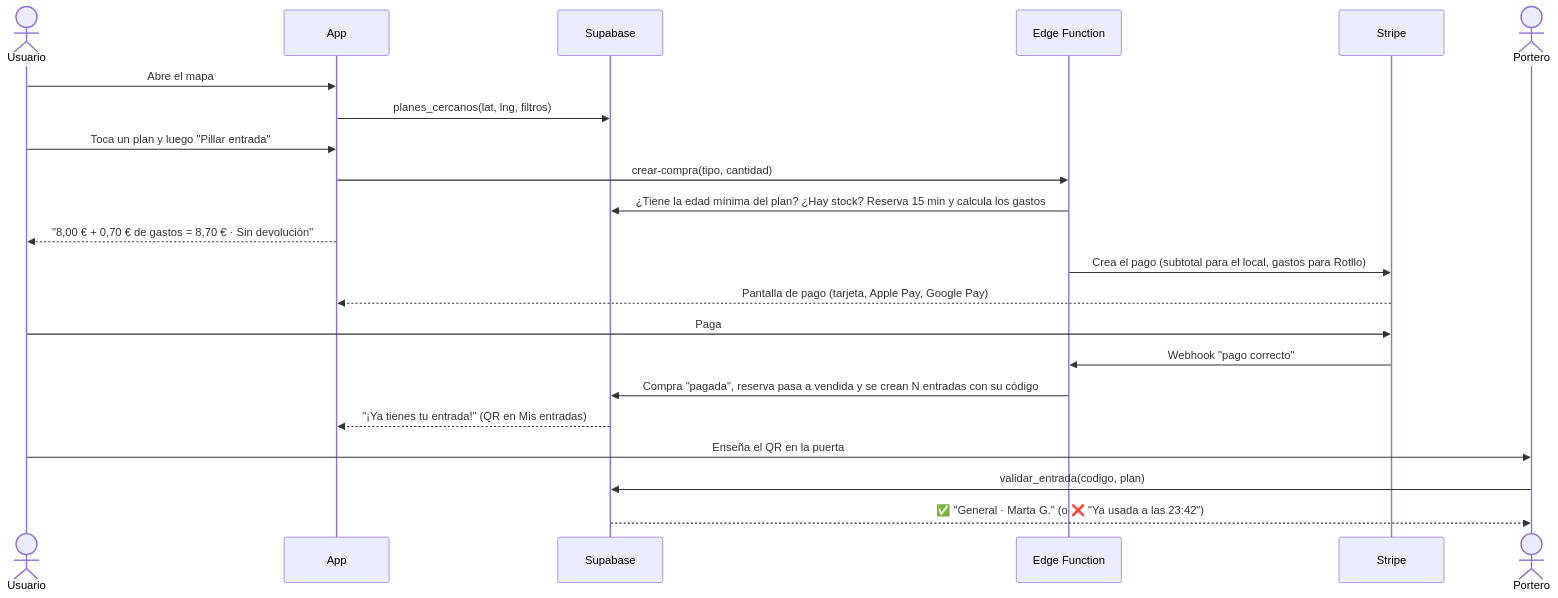
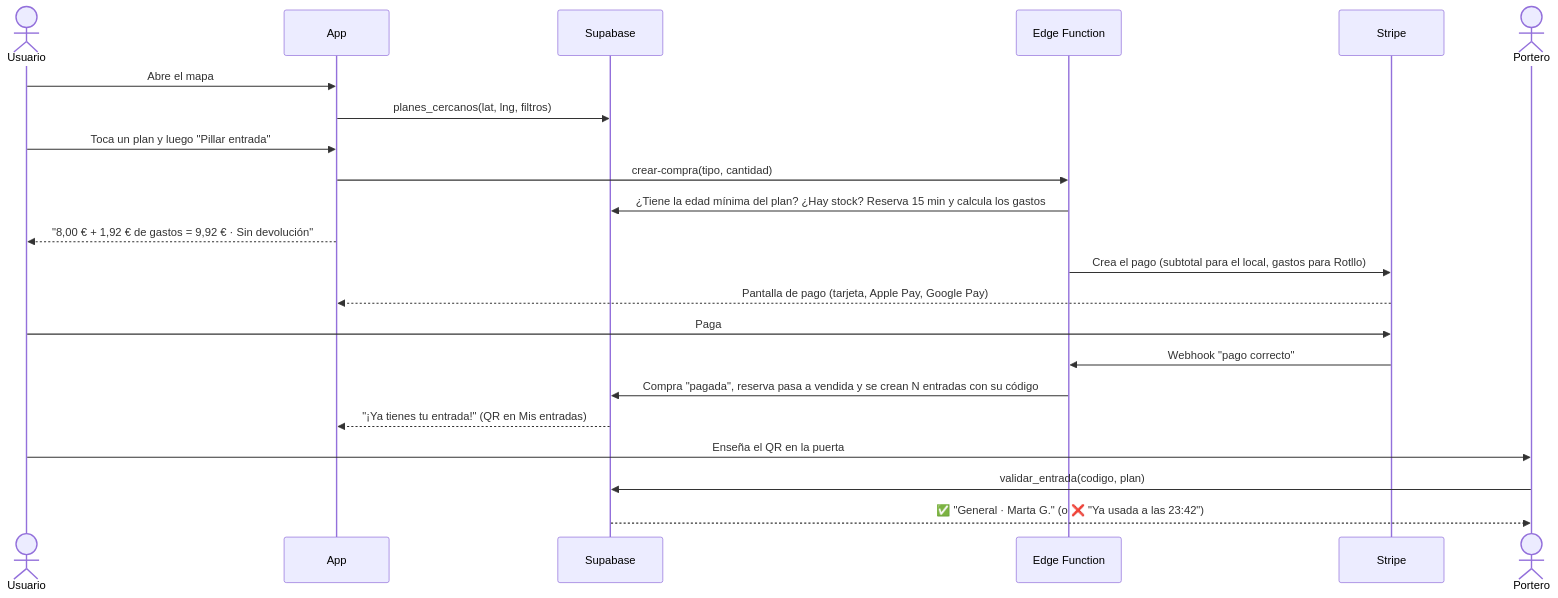
One commit to fgaudio/Rotllo-2.0 changed the fourth of 5 diagrams in docs/system-design.md. Above: the diagram before and after it, drawn with Mermaid. The commit also changed other lines of this file and 9 other files, not shown here.

````diff
--- a/docs/system-design.md
+++ b/docs/system-design.md
@@ -617,25 +640,25 @@
 ```mermaid
 sequenceDiagram
   actor U as Usuario
   participant App
   participant DB as Supabase
   participant EF as Edge Function
   participant S as Stripe
   actor P as Portero
 
   U->>App: Abre el mapa
   App->>DB: planes_cercanos(lat, lng, filtros)
   U->>App: Toca un plan y luego "Pillar entrada"
   App->>EF: crear-compra(tipo, cantidad)
   EF->>DB: ¿Tiene la edad mínima del plan? ¿Hay stock? Reserva 15 min y calcula los gastos
-  App-->>U: "8,00 € + 0,70 € de gastos = 8,70 € · Sin devolución"
+  App-->>U: "8,00 € + 1,92 € de gastos = 9,92 € · Sin devolución"
   EF->>S: Crea el pago (subtotal para el local, gastos para Rotllo)
   S-->>App: Pantalla de pago (tarjeta, Apple Pay, Google Pay)
   U->>S: Paga
   S->>EF: Webhook "pago correcto"
   EF->>DB: Compra "pagada", reserva pasa a vendida y se crean N entradas con su código
   DB-->>App: "¡Ya tienes tu entrada!" (QR en Mis entradas)
   U->>P: Enseña el QR en la puerta
   P->>DB: validar_entrada(codigo, plan)
   DB-->>P: ✅ "General · Marta G." (o ❌ "Ya usada a las 23:42")
 ```
````
